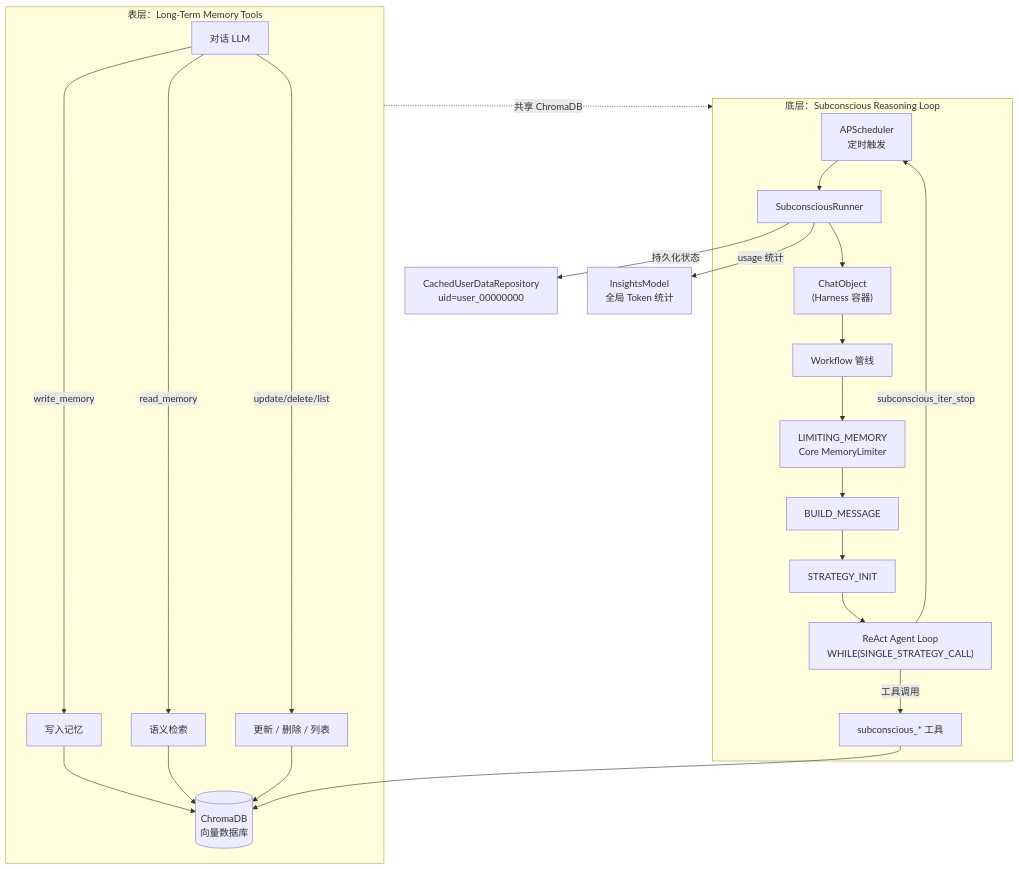
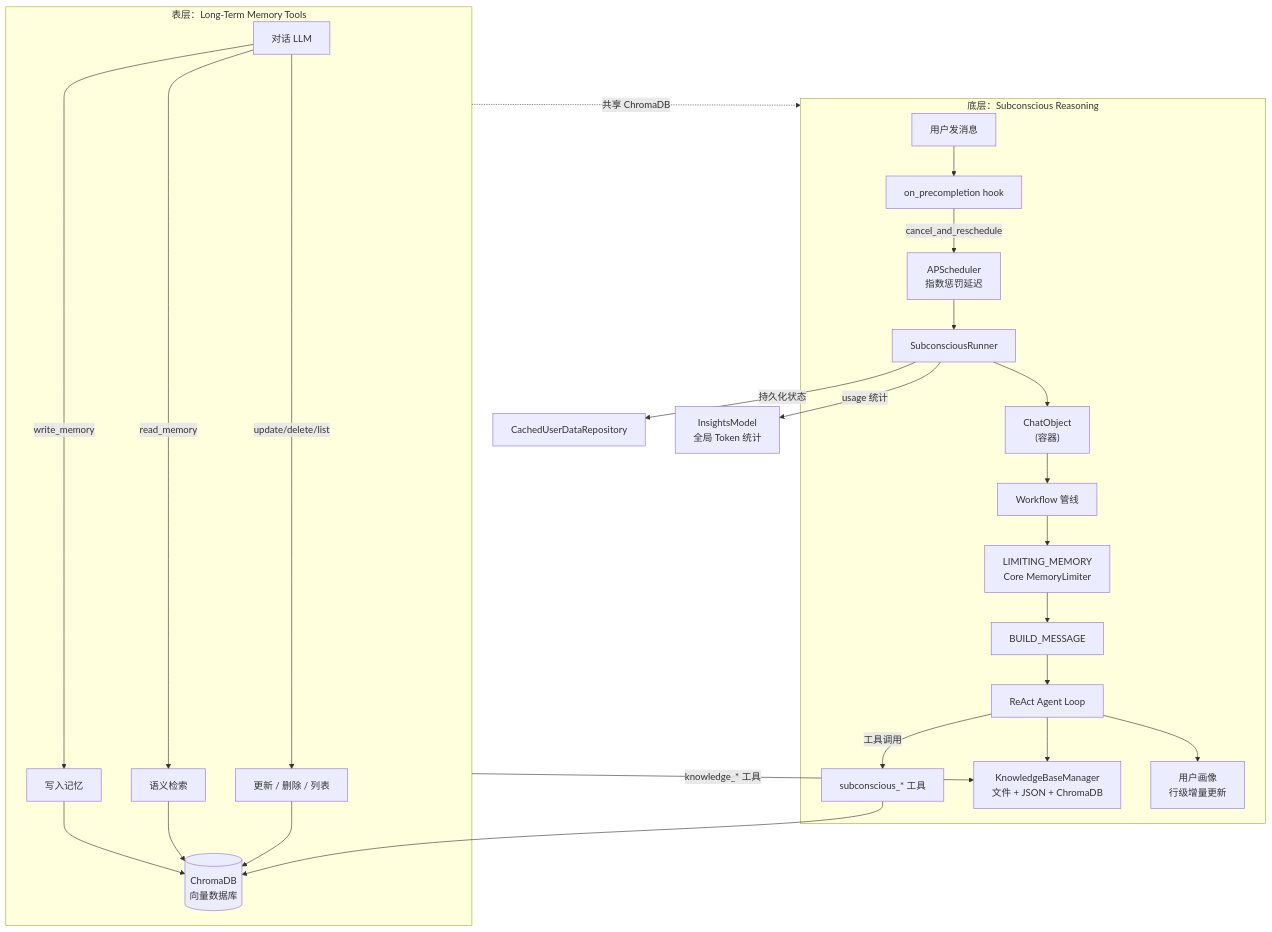
Before and after one commit to AmritaBot/plugin-memory: the first of 3 diagrams in README.md, drawn with Mermaid. The commit also changed other lines of this file and 5 other files, not shown here.

Commit message:
docs: revamp README with comprehensive setup guide and updated architecture overview

````diff
--- a/README.md
+++ b/README.md
@@ -10,28 +72,31 @@
 ```mermaid
 flowchart TB
     subgraph Surface["表层：Long-Term Memory Tools"]
         S_LLM["对话 LLM"] -->|"write_memory"| S_Write["写入记忆"]
         S_LLM -->|"read_memory"| S_Read["语义检索"]
         S_LLM -->|"update/delete/list"| S_Mut["更新 / 删除 / 列表"]
         S_Write --> ChromaDB[("ChromaDB<br/>向量数据库")]
         S_Read --> ChromaDB
         S_Mut --> ChromaDB
     end
 
-    subgraph Subconscious["底层：Subconscious Reasoning Loop"]
-        APScheduler["APScheduler<br/>定时触发"] --> Runner["SubconsciousRunner"]
-        Runner --> ChatObject["ChatObject<br/>(Harness 容器)"]
+    subgraph Subconscious["底层：Subconscious Reasoning"]
+        UserChat["用户发消息"] --> Hook["on_precompletion hook"]
+        Hook -->|"cancel_and_reschedule"| Scheduler["APScheduler<br/>指数惩罚延迟"]
+        Scheduler --> Runner["SubconsciousRunner"]
+        Runner --> ChatObject["ChatObject<br/>(容器)"]
         ChatObject --> WF["Workflow 管线"]
         WF --> LM["LIMITING_MEMORY<br/>Core MemoryLimiter"]
         LM --> Build["BUILD_MESSAGE"]
-        Build --> Init["STRATEGY_INIT"]
-        Init --> AgentLoop["ReAct Agent Loop<br/>WHILE(SINGLE_STRATEGY_CALL)"]
+        Build --> AgentLoop["ReAct Agent Loop"]
         AgentLoop -->|"工具调用"| STools["subconscious_* 工具"]
         STools --> ChromaDB
-        AgentLoop -->|"subconscious_iter_stop"| APScheduler
+        AgentLoop --> KB["KnowledgeBaseManager<br/>文件 + JSON + ChromaDB"]
+        AgentLoop --> Profile["用户画像<br/>行级增量更新"]
     end
 
+    Surface -->|"knowledge_* 工具"| KB
     Surface -.->|"共享 ChromaDB"| Subconscious
-    Runner -->|"持久化状态"| CachedRepo["CachedUserDataRepository<br/>uid=user_00000000"]
+    Runner -->|"持久化状态"| CachedRepo["CachedUserDataRepository"]
     Runner -->|"usage 统计"| Insights["InsightsModel<br/>全局 Token 统计"]
 ```
````
